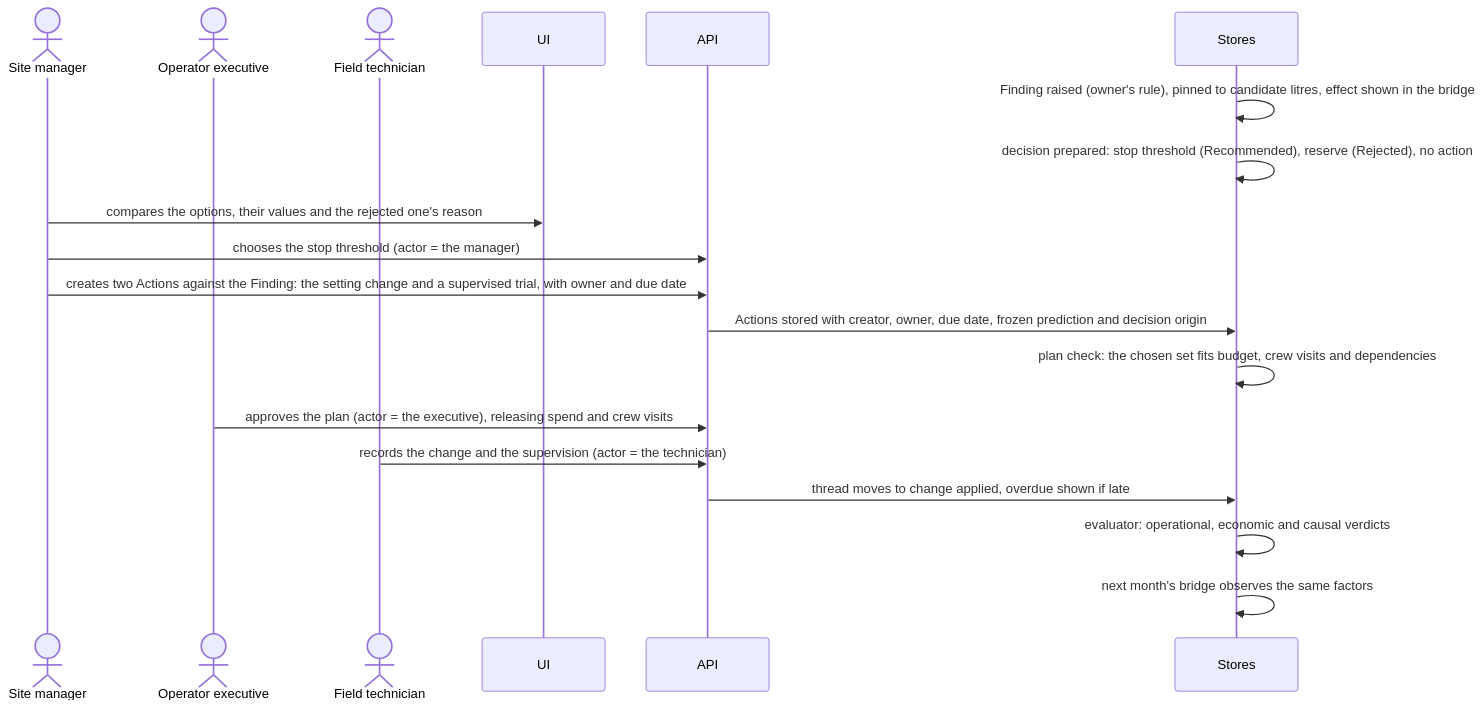
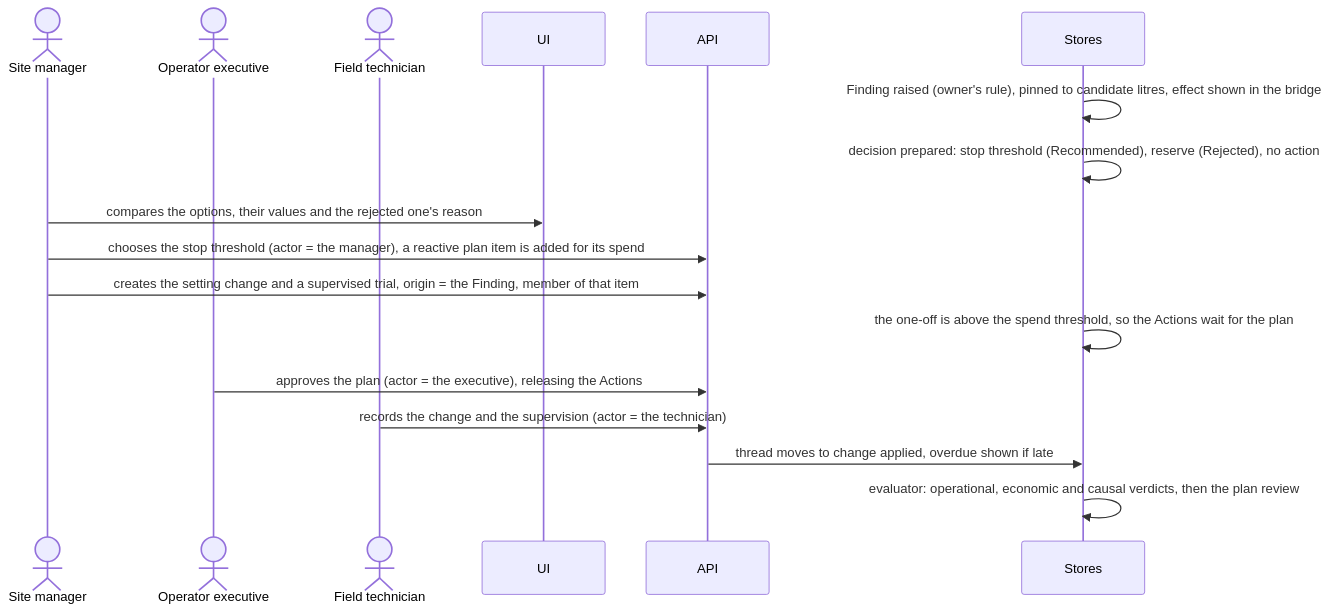
One commit to bineyame/AssetOpsV1 changed the ninth of 11 diagrams in Docs/demo-sprint/product-direction-layer4/layer4-transformation-design.md. Above: the diagram before and after it, drawn with Mermaid. The commit also changed other lines of this file and 5 other files, not shown here.

First line of the commit message:
Layer 4 design rev 16.2: review C fixes, owner decisions on the plan, trim

````diff
--- a/Docs/demo-sprint/product-direction-layer4/layer4-transformation-design.md
+++ b/Docs/demo-sprint/product-direction-layer4/layer4-transformation-design.md
@@ -529,21 +502,19 @@
 ```mermaid
 sequenceDiagram
   actor M as Site manager
   actor E as Operator executive
   actor T as Field technician
   participant UI
   participant API
   participant S as Stores
   S->>S: Finding raised (owner's rule), pinned to candidate litres, effect shown in the bridge
   S->>S: decision prepared: stop threshold (Recommended), reserve (Rejected), no action
   M->>UI: compares the options, their values and the rejected one's reason
-  M->>API: chooses the stop threshold (actor = the manager)
-  M->>API: creates two Actions against the Finding: the setting change and a supervised trial, with owner and due date
-  API->>S: Actions stored with creator, owner, due date, frozen prediction and decision origin
-  S->>S: plan check: the chosen set fits budget, crew visits and dependencies
-  E->>API: approves the plan (actor = the executive), releasing spend and crew visits
+  M->>API: chooses the stop threshold (actor = the manager), a reactive plan item is added for its spend
+  M->>API: creates the setting change and a supervised trial, origin = the Finding, member of that item
+  S->>S: the one-off is above the spend threshold, so the Actions wait for the plan
+  E->>API: approves the plan (actor = the executive), releasing the Actions
   T->>API: records the change and the supervision (actor = the technician)
   API->>S: thread moves to change applied, overdue shown if late
-  S->>S: evaluator: operational, economic and causal verdicts
-  S->>S: next month's bridge observes the same factors
+  S->>S: evaluator: operational, economic and causal verdicts, then the plan review
 ```
````
